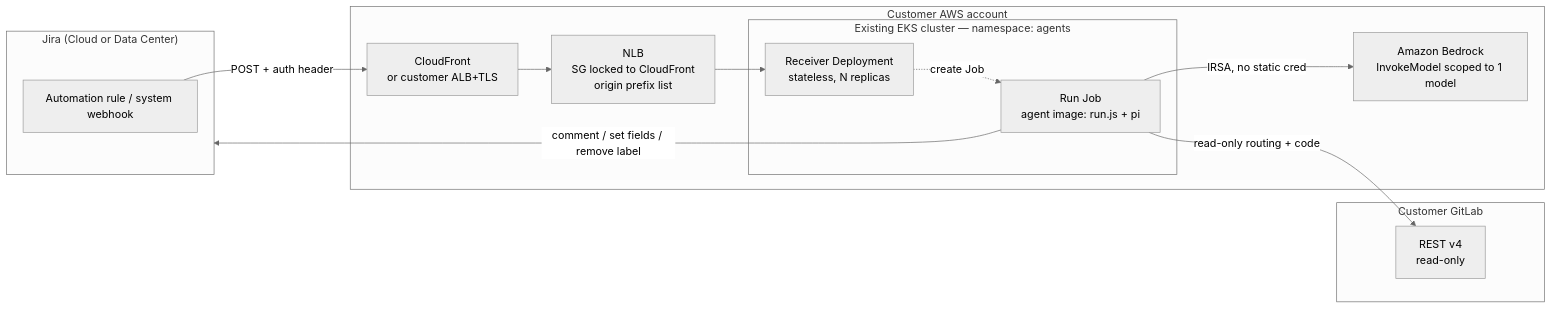
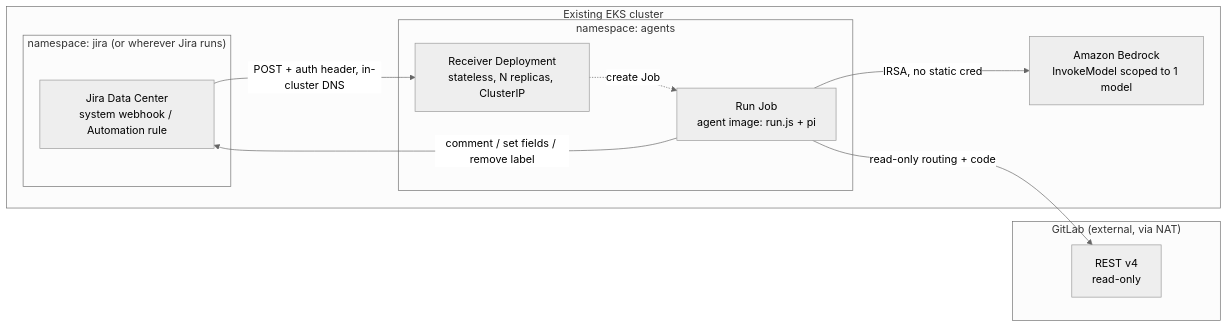
The first of 2 diagrams in docs/architecture/README.md (hjgraca/jira-triage-agent), drawn with Mermaid (neutral theme) before and after one commit. The commit also changed other lines of this file and 48 other files, not shown here.

````diff
--- a/docs/architecture/README.md
+++ b/docs/architecture/README.md
@@ -92,23 +88,21 @@
 ```mermaid
 flowchart LR
-  subgraph Jira["Jira (Cloud or Data Center)"]
-    R[Automation rule / system webhook]
-  end
-  subgraph AWS["Customer AWS account"]
-    CF[CloudFront\nor customer ALB+TLS]
-    NLB[NLB\nSG locked to CloudFront\norigin prefix list]
-    subgraph EKS["Existing EKS cluster — namespace: agents"]
-      RC[Receiver Deployment\nstateless, N replicas]
+  subgraph EKS["Existing EKS cluster"]
+    subgraph JNS["namespace: jira (or wherever Jira runs)"]
+      R[Jira Data Center\nsystem webhook / Automation rule]
+    end
+    subgraph ANS["namespace: agents"]
+      RC[Receiver Deployment\nstateless, N replicas, ClusterIP]
       RC -. create Job .-> J1[Run Job\nagent image: run.js + pi]
     end
     BR[Amazon Bedrock\nInvokeModel scoped to 1 model]
   end
-  subgraph SRC["Customer GitLab"]
+  subgraph SRC["GitLab (external, via NAT)"]
     G[REST v4\nread-only]
   end
 
-  R -->|POST + auth header| CF --> NLB --> RC
+  R -->|POST + auth header, in-cluster DNS| RC
   J1 -->|IRSA, no static cred| BR
   J1 -->|read-only routing + code| G
-  J1 -->|comment / set fields / remove label| Jira
+  J1 -->|comment / set fields / remove label| R
 ```
````
